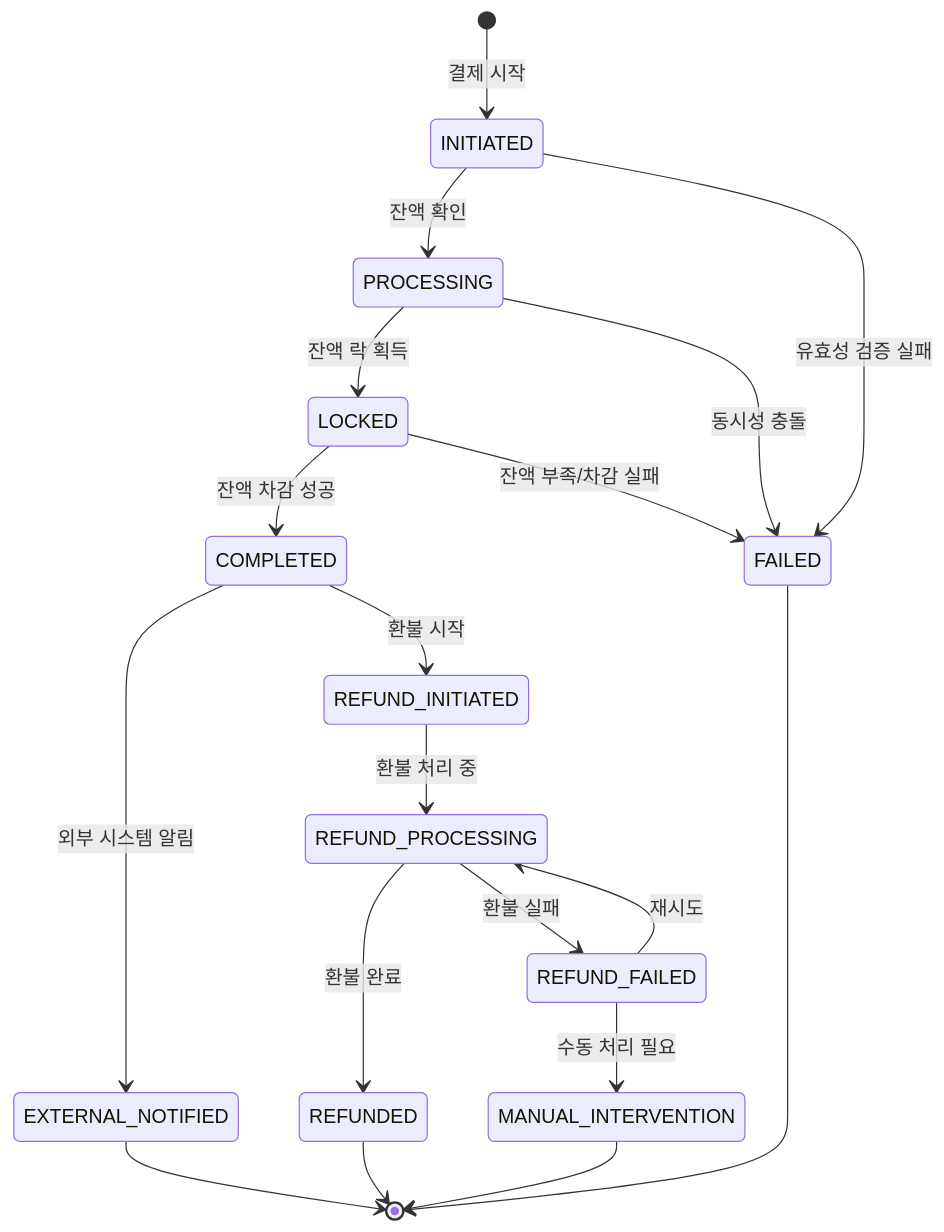
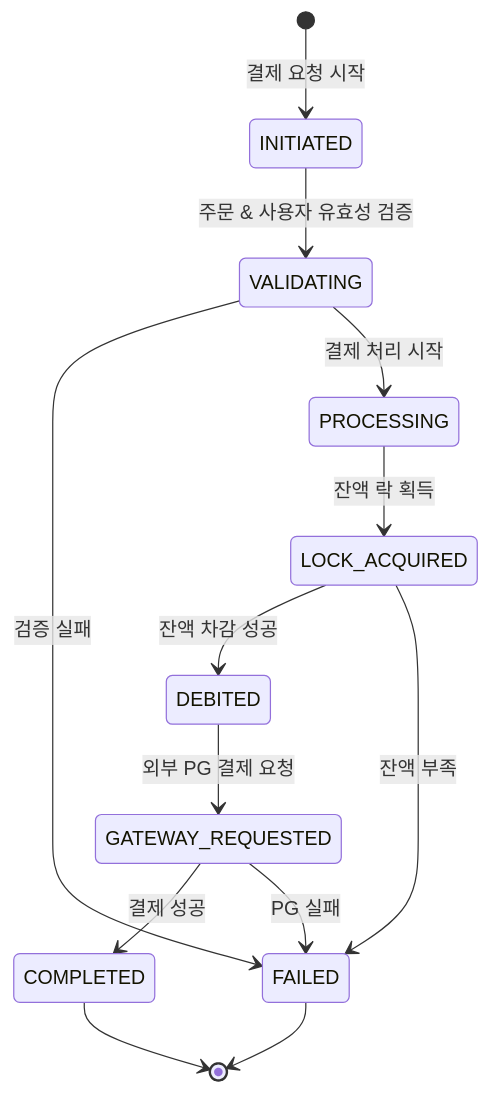
The diagram in docs/state-diagram/payment.md (thedev-junyoung/hanghae-plus-2wd), drawn with Mermaid before and after one commit. The commit also changed 11 other files, not shown here.

````diff
--- a/docs/state-diagram/payment.md
+++ b/docs/state-diagram/payment.md
@@ -1,29 +1,20 @@
 ```mermaid
 stateDiagram-v2
-    [*] --> INITIATED: 결제 시작
-    
-    INITIATED --> PROCESSING: 잔액 확인
-    INITIATED --> FAILED: 유효성 검증 실패
-    
-    PROCESSING --> LOCKED: 잔액 락 획득
-    PROCESSING --> FAILED: 동시성 충돌
-    
-    LOCKED --> COMPLETED: 잔액 차감 성공
-    LOCKED --> FAILED: 잔액 부족/차감 실패
-    
-    COMPLETED --> EXTERNAL_NOTIFIED: 외부 시스템 알림
-    COMPLETED --> REFUND_INITIATED: 환불 시작
-    
-    EXTERNAL_NOTIFIED --> [*]
-    
-    REFUND_INITIATED --> REFUND_PROCESSING: 환불 처리 중
-    REFUND_PROCESSING --> REFUNDED: 환불 완료
-    REFUND_PROCESSING --> REFUND_FAILED: 환불 실패
-    
-    REFUND_FAILED --> REFUND_PROCESSING: 재시도
-    REFUND_FAILED --> MANUAL_INTERVENTION: 수동 처리 필요
-    
-    REFUNDED --> [*]
+    [*] --> INITIATED: 결제 요청 시작
+
+    INITIATED --> VALIDATING: 주문 & 사용자 유효성 검증
+    VALIDATING --> FAILED: 검증 실패
+    VALIDATING --> PROCESSING: 결제 처리 시작
+
+    PROCESSING --> LOCK_ACQUIRED: 잔액 락 획득
+    LOCK_ACQUIRED --> DEBITED: 잔액 차감 성공
+    LOCK_ACQUIRED --> FAILED: 잔액 부족
+
+    DEBITED --> GATEWAY_REQUESTED: 외부 PG 결제 요청
+    GATEWAY_REQUESTED --> COMPLETED: 결제 성공
+    GATEWAY_REQUESTED --> FAILED: PG 실패
+
+    COMPLETED --> [*]
     FAILED --> [*]
-    MANUAL_INTERVENTION --> [*]
+
 ```
````
